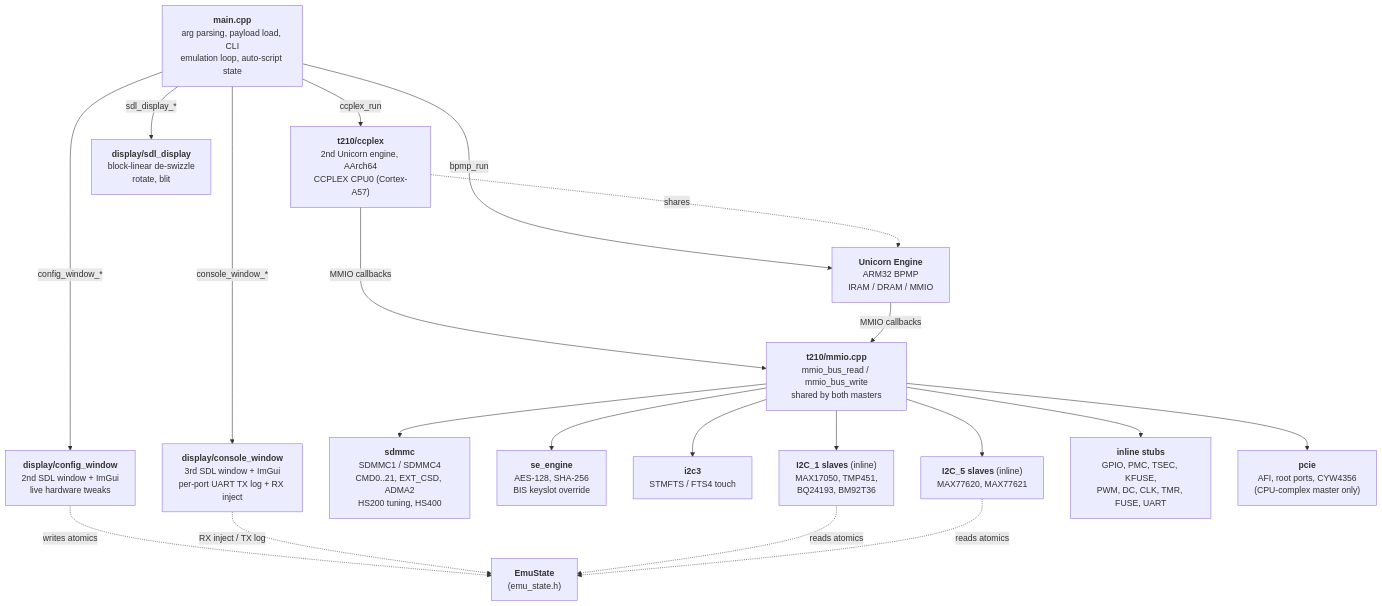
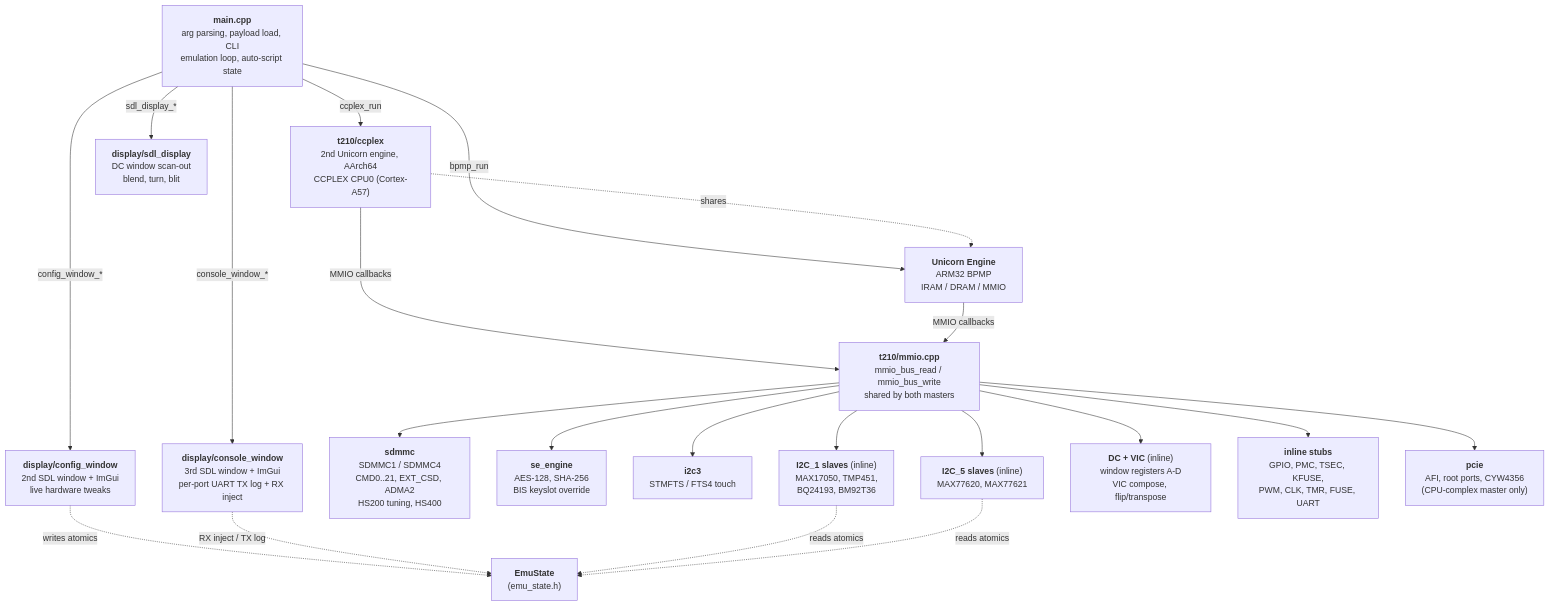
Before and after one commit to Creased/RCM-Emulator: the diagram in DESIGN.md, drawn with Mermaid. The commit also changed other lines of this file and 5 other files, not shown here.

````diff
--- a/DESIGN.md
+++ b/DESIGN.md
@@ -9,27 +9,28 @@
 ```mermaid
 flowchart TB
     main["<b>main.cpp</b><br/>arg parsing, payload load, CLI<br/>emulation loop, auto-script state"]
 
     main -->|bpmp_run| uc["<b>Unicorn Engine</b><br/>ARM32 BPMP<br/>IRAM / DRAM / MMIO"]
     main -->|ccplex_run| a57["<b>t210/ccplex</b><br/>2nd Unicorn engine, AArch64<br/>CCPLEX CPU0 (Cortex-A57)"]
     a57 -->|MMIO callbacks| mmio
     a57 -.->|shares| uc
-    main -->|sdl_display_*| sdl["<b>display/sdl_display</b><br/>block-linear de-swizzle<br/>rotate, blit"]
+    main -->|sdl_display_*| sdl["<b>display/sdl_display</b><br/>DC window scan-out<br/>blend, turn, blit"]
     main -->|config_window_*| cfg["<b>display/config_window</b><br/>2nd SDL window + ImGui<br/>live hardware tweaks"]
     main -->|console_window_*| con["<b>display/console_window</b><br/>3rd SDL window + ImGui<br/>per-port UART TX log + RX inject"]
 
     uc -->|MMIO callbacks| mmio["<b>t210/mmio.cpp</b><br/>mmio_bus_read / mmio_bus_write<br/>shared by both masters"]
 
     mmio --> sdmmc["<b>sdmmc</b><br/>SDMMC1 / SDMMC4<br/>CMD0..21, EXT_CSD, ADMA2<br/>HS200 tuning, HS400"]
     mmio --> se["<b>se_engine</b><br/>AES-128, SHA-256<br/>BIS keyslot override"]
     mmio --> i2c["<b>i2c3</b><br/>STMFTS / FTS4 touch"]
     mmio --> i2c1["<b>I2C_1 slaves</b> (inline)<br/>MAX17050, TMP451,<br/>BQ24193, BM92T36"]
     mmio --> i2c5["<b>I2C_5 slaves</b> (inline)<br/>MAX77620, MAX77621"]
-    mmio --> stubs["<b>inline stubs</b><br/>GPIO, PMC, TSEC, KFUSE,<br/>PWM, DC, CLK, TMR, FUSE, UART"]
+    mmio --> dc["<b>DC + VIC</b> (inline)<br/>window registers A-D<br/>VIC compose, flip/transpose"]
+    mmio --> stubs["<b>inline stubs</b><br/>GPIO, PMC, TSEC, KFUSE,<br/>PWM, CLK, TMR, FUSE, UART"]
     mmio --> pcie["<b>pcie</b><br/>AFI, root ports, CYW4356<br/>(CPU-complex master only)"]
 
     cfg -.->|writes atomics| state["<b>EmuState</b><br/>(emu_state.h)"]
     con -.->|RX inject / TX log| state
     i2c1 -.->|reads atomics| state
     i2c5 -.->|reads atomics| state
 ```
````
